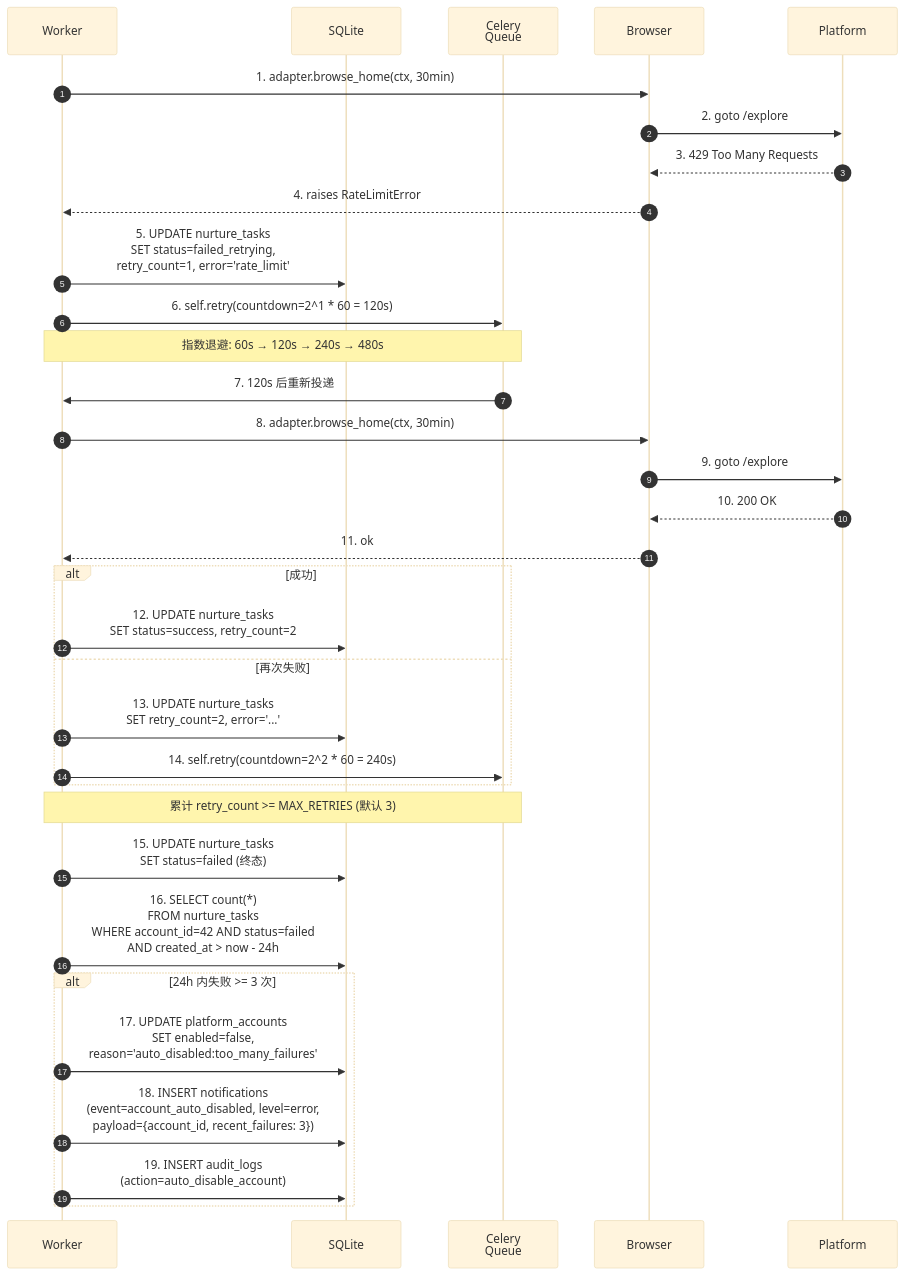
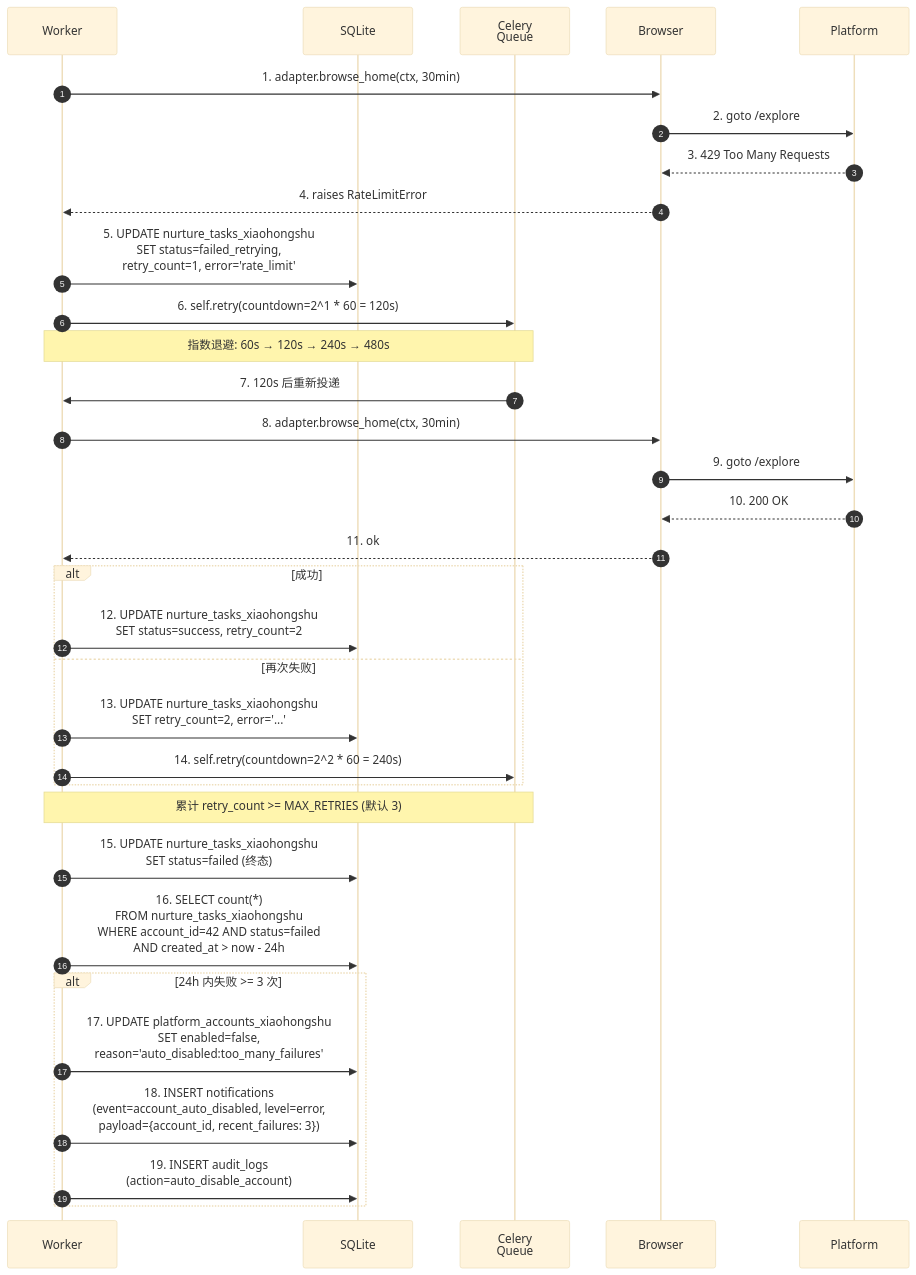
The fifth of 7 diagrams in docs/08-business-flows.md (hyqskevin/media-manager), drawn with Mermaid (base theme) before and after one commit. The commit also changed other lines of this file and 57 other files, not shown here.

````diff
--- a/docs/08-business-flows.md
+++ b/docs/08-business-flows.md
@@ -456,39 +477,39 @@
 ```mermaid
 sequenceDiagram
     autonumber
     participant W as Worker
     participant DB as SQLite
     participant Q as Celery<br/>Queue
     participant Br as Browser
     participant Plat as Platform
 
     W->>Br: 1. adapter.browse_home(ctx, 30min)
     Br->>Plat: 2. goto /explore
     Plat-->>Br: 3. 429 Too Many Requests
     Br-->>W: 4. raises RateLimitError
-    W->>DB: 5. UPDATE nurture_tasks<br/>SET status=failed_retrying,<br/>retry_count=1, error='rate_limit'
+    W->>DB: 5. UPDATE nurture_tasks_xiaohongshu<br/>SET status=failed_retrying,<br/>retry_count=1, error='rate_limit'
     W->>Q: 6. self.retry(countdown=2^1 * 60 = 120s)
     Note over W,Q: 指数退避: 60s → 120s → 240s → 480s
 
     Q->>W: 7. 120s 后重新投递
     W->>Br: 8. adapter.browse_home(ctx, 30min)
     Br->>Plat: 9. goto /explore
     Plat-->>Br: 10. 200 OK
     Br-->>W: 11. ok
 
     alt 成功
-        W->>DB: 12. UPDATE nurture_tasks<br/>SET status=success, retry_count=2
+        W->>DB: 12. UPDATE nurture_tasks_xiaohongshu<br/>SET status=success, retry_count=2
     else 再次失败
-        W->>DB: 13. UPDATE nurture_tasks<br/>SET retry_count=2, error='...'
+        W->>DB: 13. UPDATE nurture_tasks_xiaohongshu<br/>SET retry_count=2, error='...'
         W->>Q: 14. self.retry(countdown=2^2 * 60 = 240s)
     end
 
     Note over W,Q: 累计 retry_count >= MAX_RETRIES (默认 3)
-    W->>DB: 15. UPDATE nurture_tasks<br/>SET status=failed (终态)
-    W->>DB: 16. SELECT count(*)<br/>FROM nurture_tasks<br/>WHERE account_id=42 AND status=failed<br/>AND created_at > now - 24h
+    W->>DB: 15. UPDATE nurture_tasks_xiaohongshu<br/>SET status=failed (终态)
+    W->>DB: 16. SELECT count(*)<br/>FROM nurture_tasks_xiaohongshu<br/>WHERE account_id=42 AND status=failed<br/>AND created_at > now - 24h
     alt 24h 内失败 >= 3 次
-        W->>DB: 17. UPDATE platform_accounts<br/>SET enabled=false,<br/>reason='auto_disabled:too_many_failures'
+        W->>DB: 17. UPDATE platform_accounts_xiaohongshu<br/>SET enabled=false,<br/>reason='auto_disabled:too_many_failures'
         W->>DB: 18. INSERT notifications<br/>(event=account_auto_disabled, level=error,<br/>payload={account_id, recent_failures: 3})
         W->>DB: 19. INSERT audit_logs<br/>(action=auto_disable_account)
     end
 ```
````
